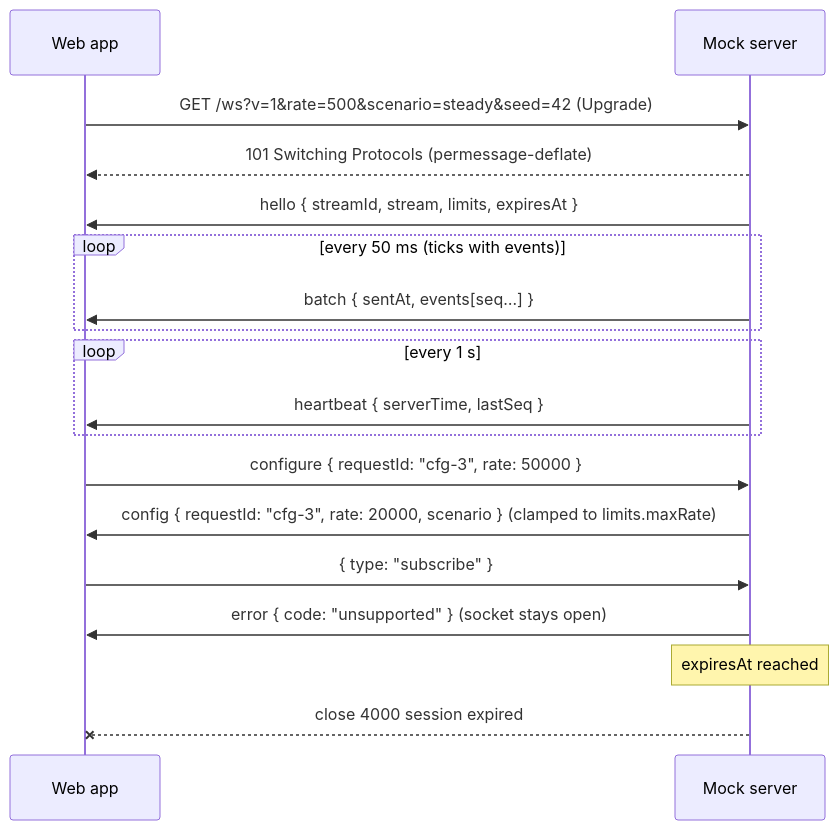
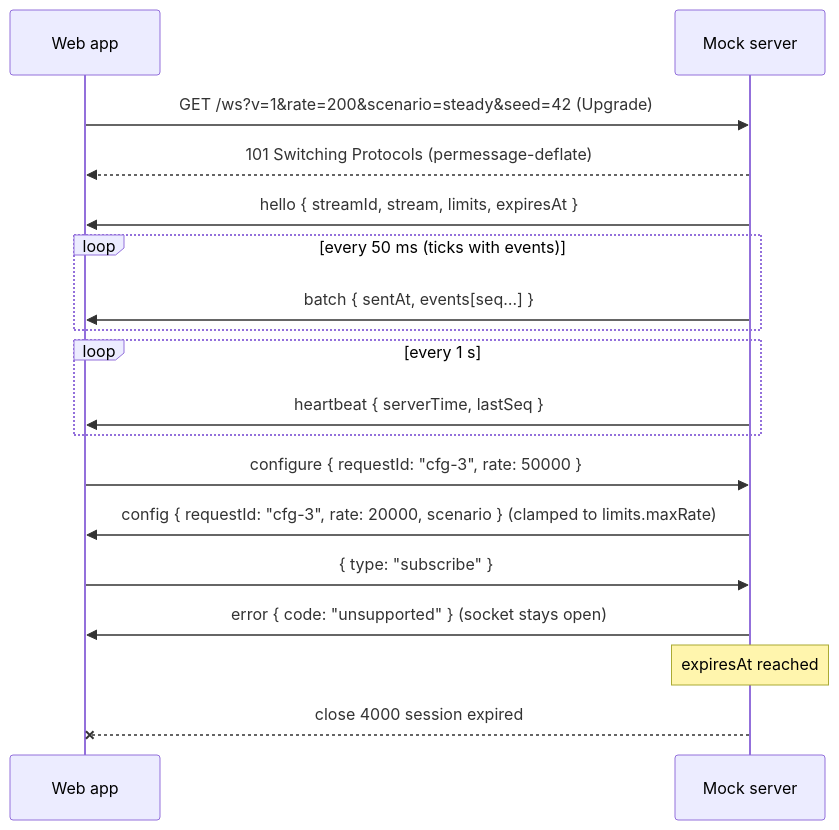
The diagram in docs/protocol.md (dr1m11/log-stream-viewer), drawn with Mermaid before and after one commit. The commit also changed other lines of this file and 6 other files, not shown here.

````diff
--- a/docs/protocol.md
+++ b/docs/protocol.md
@@ -85,20 +85,20 @@
 ```mermaid
 sequenceDiagram
     participant C as Web app
     participant S as Mock server
-    C->>S: GET /ws?v=1&rate=500&scenario=steady&seed=42 (Upgrade)
+    C->>S: GET /ws?v=1&rate=200&scenario=steady&seed=42 (Upgrade)
     S-->>C: 101 Switching Protocols (permessage-deflate)
     S->>C: hello { streamId, stream, limits, expiresAt }
     loop every 50 ms (ticks with events)
         S->>C: batch { sentAt, events[seq…] }
     end
     loop every 1 s
         S->>C: heartbeat { serverTime, lastSeq }
     end
     C->>S: configure { requestId: "cfg-3", rate: 50000 }
     S->>C: config { requestId: "cfg-3", rate: 20000, scenario } (clamped to limits.maxRate)
     C->>S: { type: "subscribe" }
     S->>C: error { code: "unsupported" } (socket stays open)
     Note over S: expiresAt reached
     S--xC: close 4000 session expired
 ```
````
